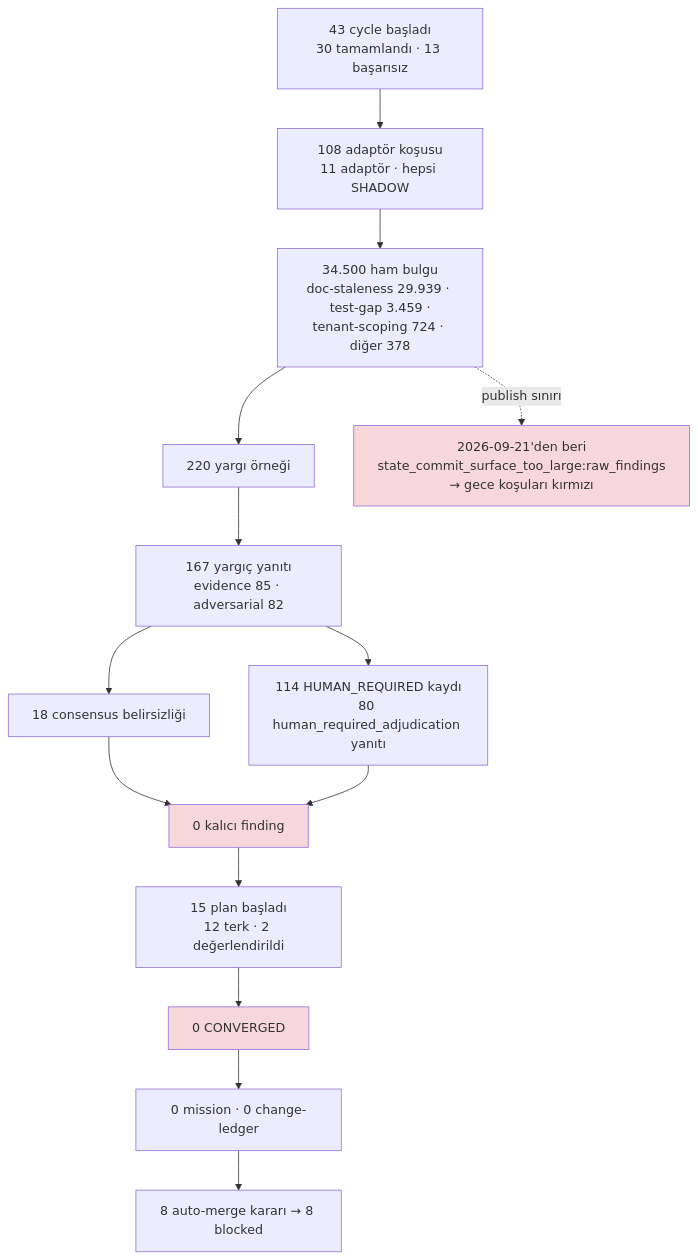
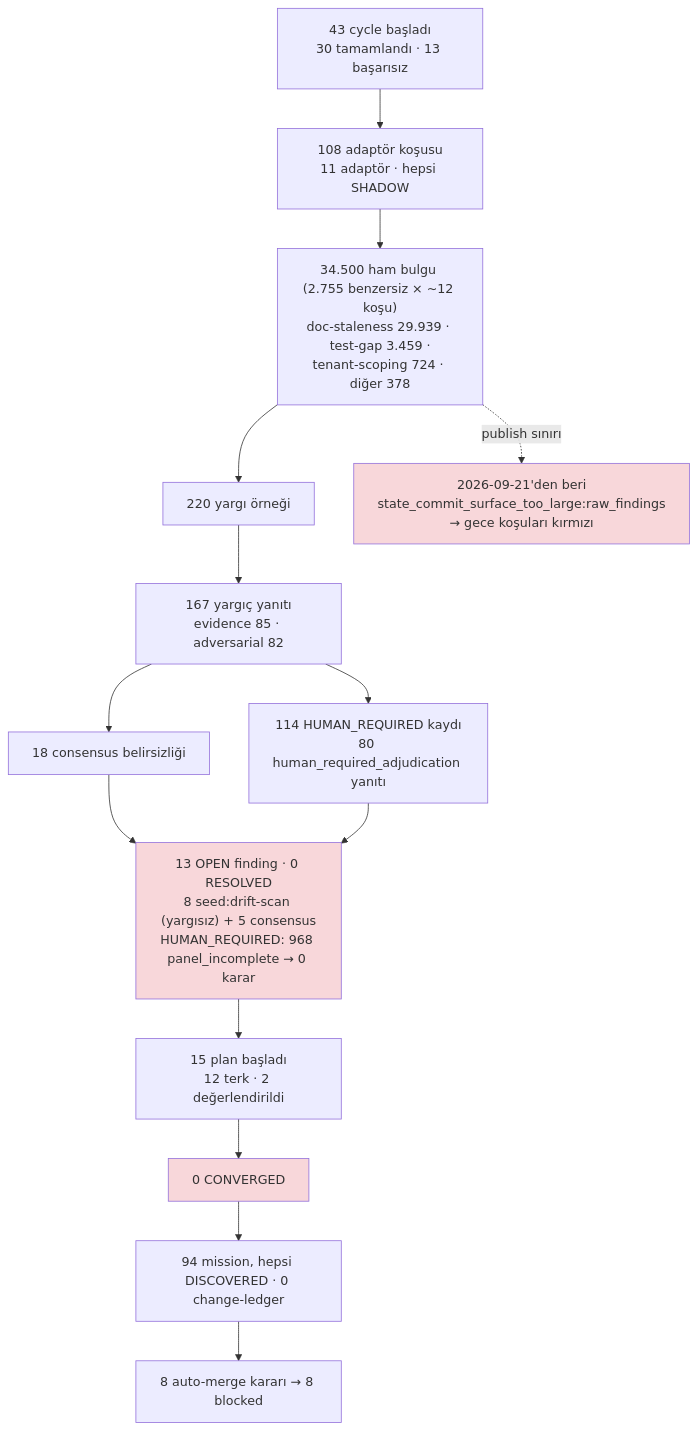
Diagram 23 of 25 in ARIA-MIMARI-SEMALARI.md (Okan-wqm/aquaculture_platform), drawn with Mermaid before and after one commit. The commit also changed other lines of this file and 14 other files, not shown here.

````diff
--- a/ARIA-MIMARI-SEMALARI.md
+++ b/ARIA-MIMARI-SEMALARI.md
@@ -872,18 +906,18 @@
 ```mermaid
 flowchart TD
     A["43 cycle başladı<br/>30 tamamlandı · 13 başarısız"] --> B["108 adaptör koşusu<br/>11 adaptör · hepsi SHADOW"]
-    B --> C["34.500 ham bulgu<br/>doc-staleness 29.939 · test-gap 3.459 ·<br/>tenant-scoping 724 · diğer 378"]
+    B --> C["34.500 ham bulgu (2.755 benzersiz × ~12 koşu)<br/>doc-staleness 29.939 · test-gap 3.459 ·<br/>tenant-scoping 724 · diğer 378"]
     C --> D["220 yargı örneği"]
     D --> E["167 yargıç yanıtı<br/>evidence 85 · adversarial 82"]
     E --> F["18 consensus belirsizliği"]
     E --> G["114 HUMAN_REQUIRED kaydı<br/>80 human_required_adjudication yanıtı"]
-    F & G --> H["0 kalıcı finding"]
+    F & G --> H["13 OPEN finding · 0 RESOLVED<br/>8 seed:drift-scan (yargısız) + 5 consensus<br/>HUMAN_REQUIRED: 968 panel_incomplete → 0 karar"]
     H --> I["15 plan başladı<br/>12 terk · 2 değerlendirildi"]
     I --> J["0 CONVERGED"]
-    J --> K["0 mission · 0 change-ledger"]
+    J --> K["94 mission, hepsi DISCOVERED · 0 change-ledger"]
     K --> L["8 auto-merge kararı → 8 blocked"]
     C -.publish sınırı.-> X["2026-09-21'den beri<br/>state_commit_surface_too_large:raw_findings<br/>→ gece koşuları kırmızı"]
     style H fill:#f8d7da
     style J fill:#f8d7da
     style X fill:#f8d7da
 ```
````
